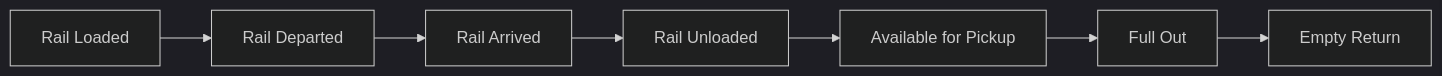
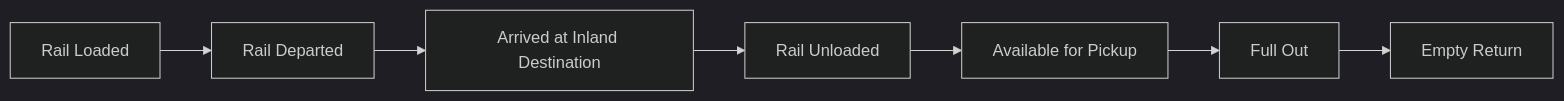
One commit to Terminal49/API changed the first of 2 diagrams in docs/api-docs/in-depth-guides/rail-integration-guide.mdx. Above: the diagram before and after it, drawn with Mermaid (dark theme).

Commit message:
Correct event in rail graph

````diff
--- a/docs/api-docs/in-depth-guides/rail-integration-guide.mdx
+++ b/docs/api-docs/in-depth-guides/rail-integration-guide.mdx
@@ -50,9 +50,9 @@
 ```mermaid
 graph LR
 A[Rail Loaded] --> B[Rail Departed]
-B --> C[Rail Arrived]
+B --> C[Arrived at Inland Destination]
 C --> D[Rail Unloaded]
 D --> G[Available for Pickup]
 G --> E[Full Out]
 E --> F[Empty Return]
 ```
````
